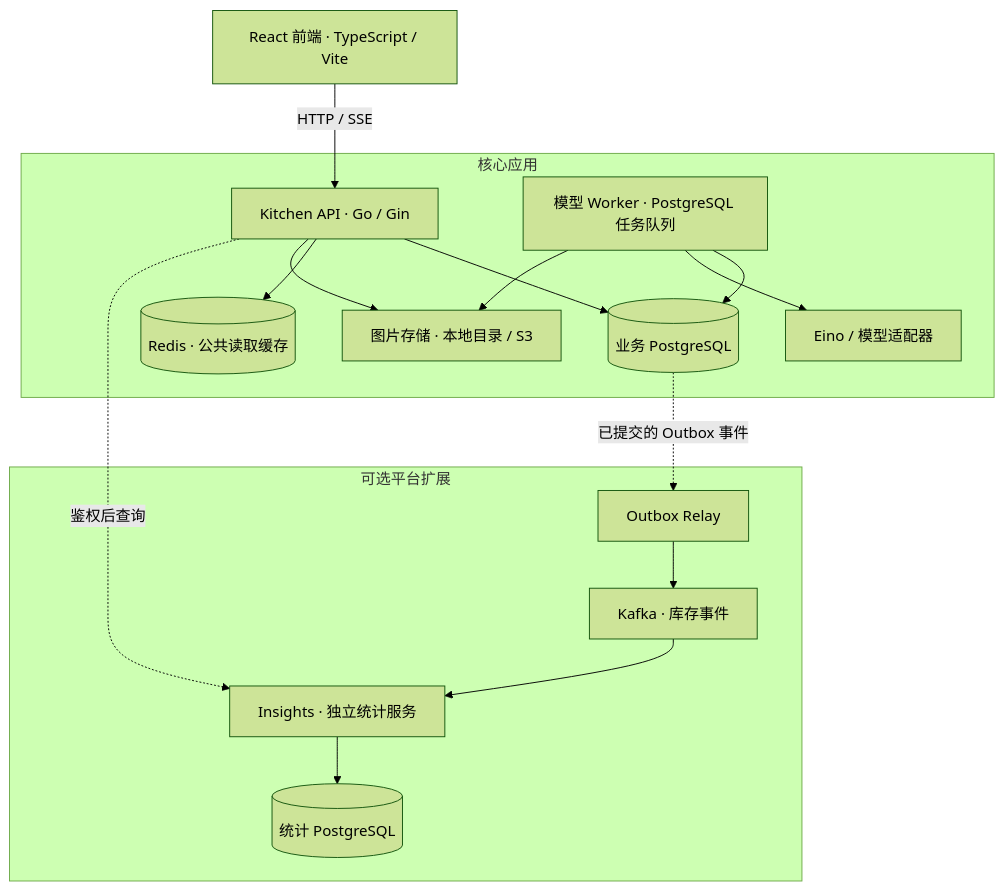
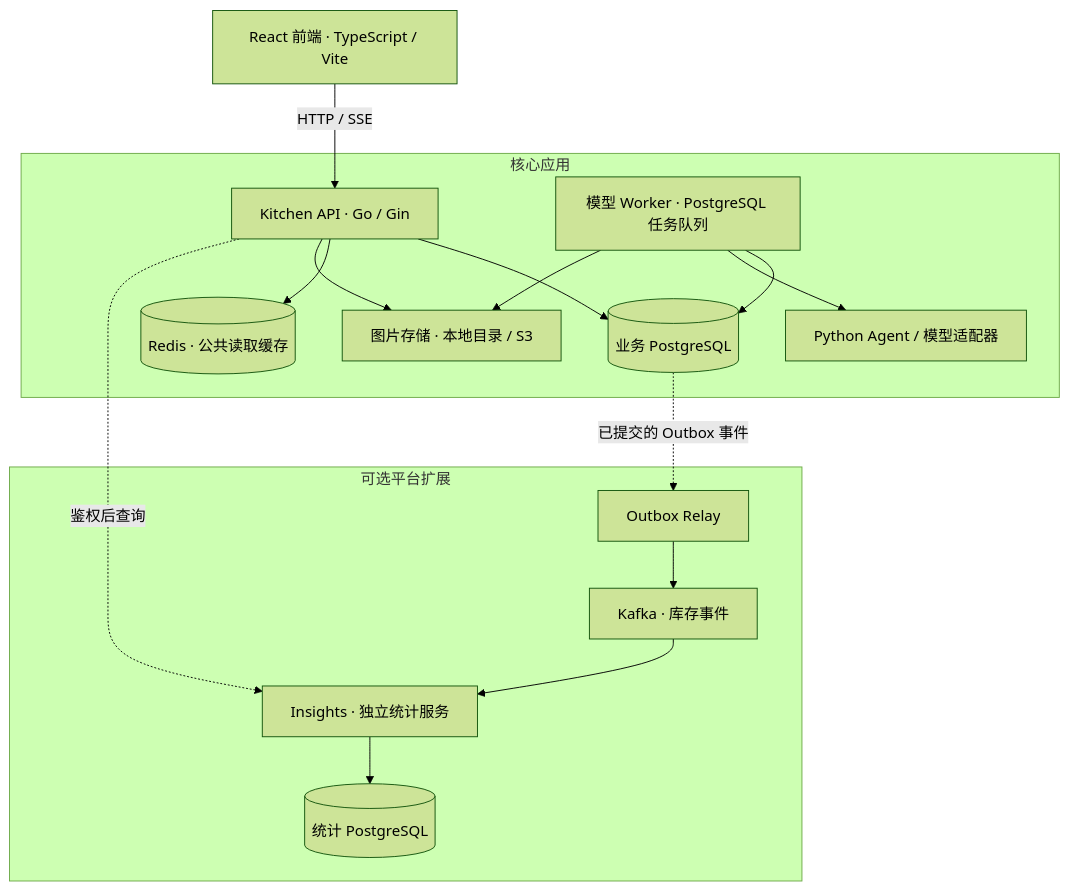
The second of 2 diagrams in README.md (link1ks/FoodFlow), drawn with Mermaid (forest theme) before and after one commit. The commit also changed other lines of this file and 32 other files, not shown here.

Commit message:
Migrate agent execution to Python with guarded worker bridge

````diff
--- a/README.md
+++ b/README.md
@@ -142,22 +142,22 @@
 ```mermaid
 flowchart TB
     Web["React 前端 · TypeScript / Vite"] -->|HTTP / SSE| API
 
     subgraph Core["核心应用"]
         API["Kitchen API · Go / Gin"] --> PG[("业务 PostgreSQL")]
         API --> Redis[("Redis · 公共读取缓存")]
         Worker["模型 Worker · PostgreSQL 任务队列"] --> PG
-        Worker --> Model["Eino / 模型适配器"]
+        Worker --> Model["Python Agent / 模型适配器"]
         API --> Storage["图片存储 · 本地目录 / S3"]
         Worker --> Storage
     end
 
     subgraph Platform["可选平台扩展"]
         Relay["Outbox Relay"] --> Kafka["Kafka · 库存事件"]
         Kafka --> Insights["Insights · 独立统计服务"]
         Insights --> IPG[("统计 PostgreSQL")]
     end
 
     PG -. 已提交的 Outbox 事件 .-> Relay
     API -. 鉴权后查询 .-> Insights
 ```
````
